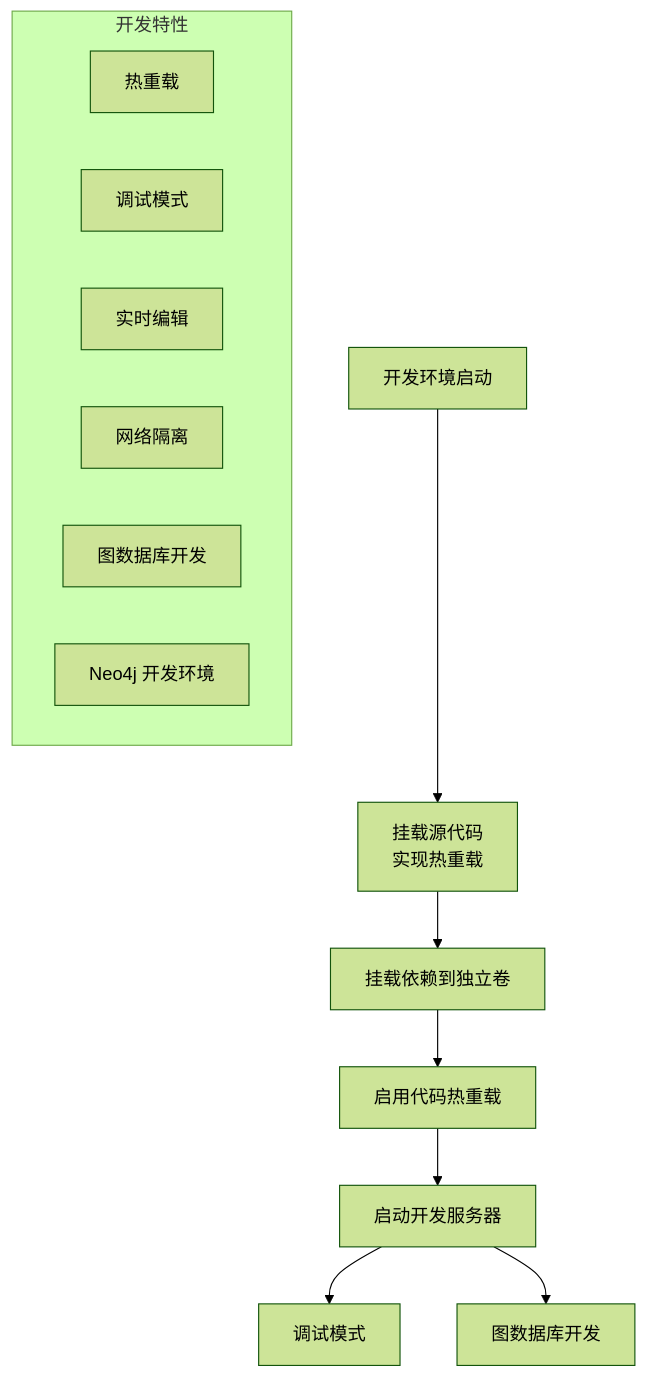
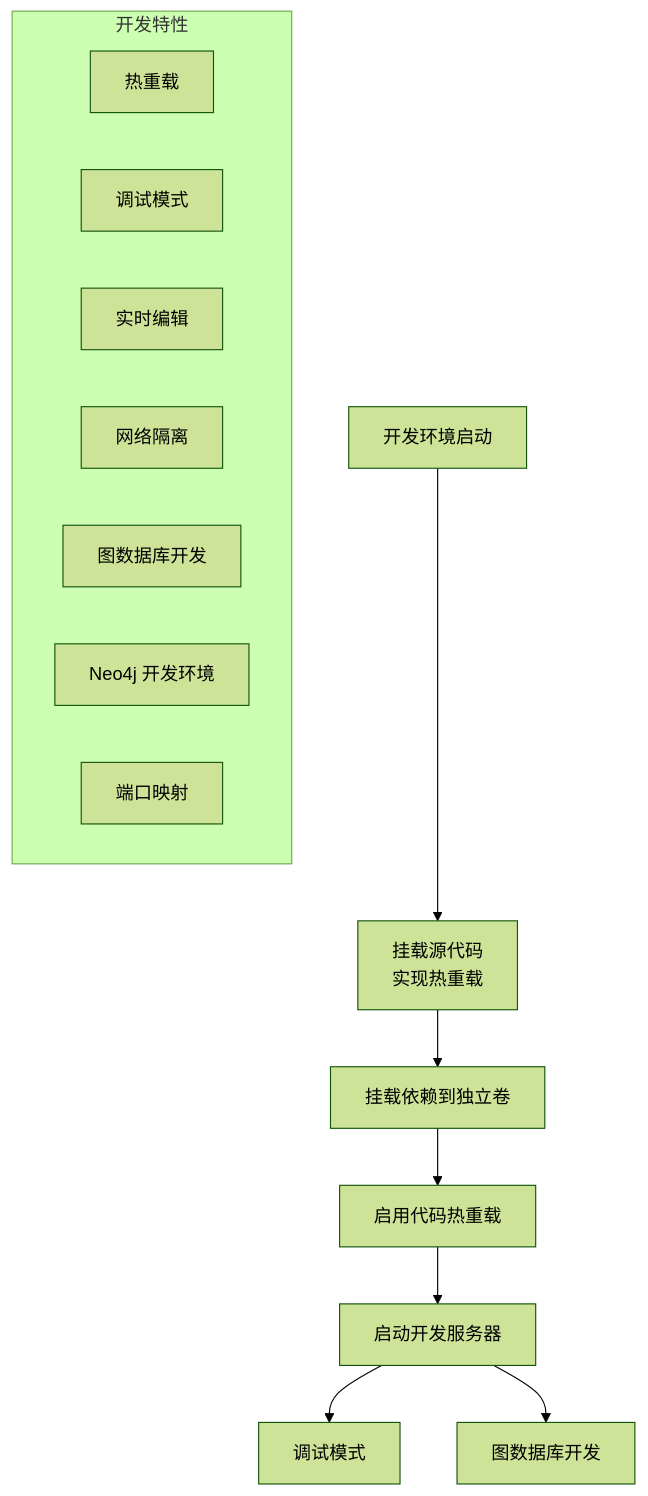
One commit to xfbyxq/ai-novel-system changed the sixth of 21 diagrams in .qoder/repowiki/zh/content/Docker Deployment.md. Above: the diagram before and after it, drawn with Mermaid (forest theme). The commit also changed other lines of this file and 1 other file, not shown here.

````diff
--- a/.qoder/repowiki/zh/content/Docker Deployment.md
+++ b/.qoder/repowiki/zh/content/Docker Deployment.md
@@ -366,17 +375,18 @@
 ```mermaid
 flowchart TD
 DEV_START[开发环境启动] --> MOUNT_CODE[挂载源代码<br/>实现热重载]
 MOUNT_CODE --> MOUNT_DEPS[挂载依赖到独立卷]
 MOUNT_DEPS --> RELOAD[启用代码热重载]
 RELOAD --> DEV_SERVER[启动开发服务器]
 DEV_SERVER --> DEBUG[调试模式]
 DEV_SERVER --> GRAPH_DEV[图数据库开发]
 subgraph "开发特性"
 HOT_RELOAD[热重载]
 DEBUG_MODE[调试模式]
 LIVE_EDIT[实时编辑]
 NETWORK_ISOLATION[网络隔离]
 GRAPH_DEVELOPMENT[图数据库开发]
 NEO4J_DEV[Neo4j 开发环境]
+PORT_MAPPING[端口映射]
 end
 ```
````
